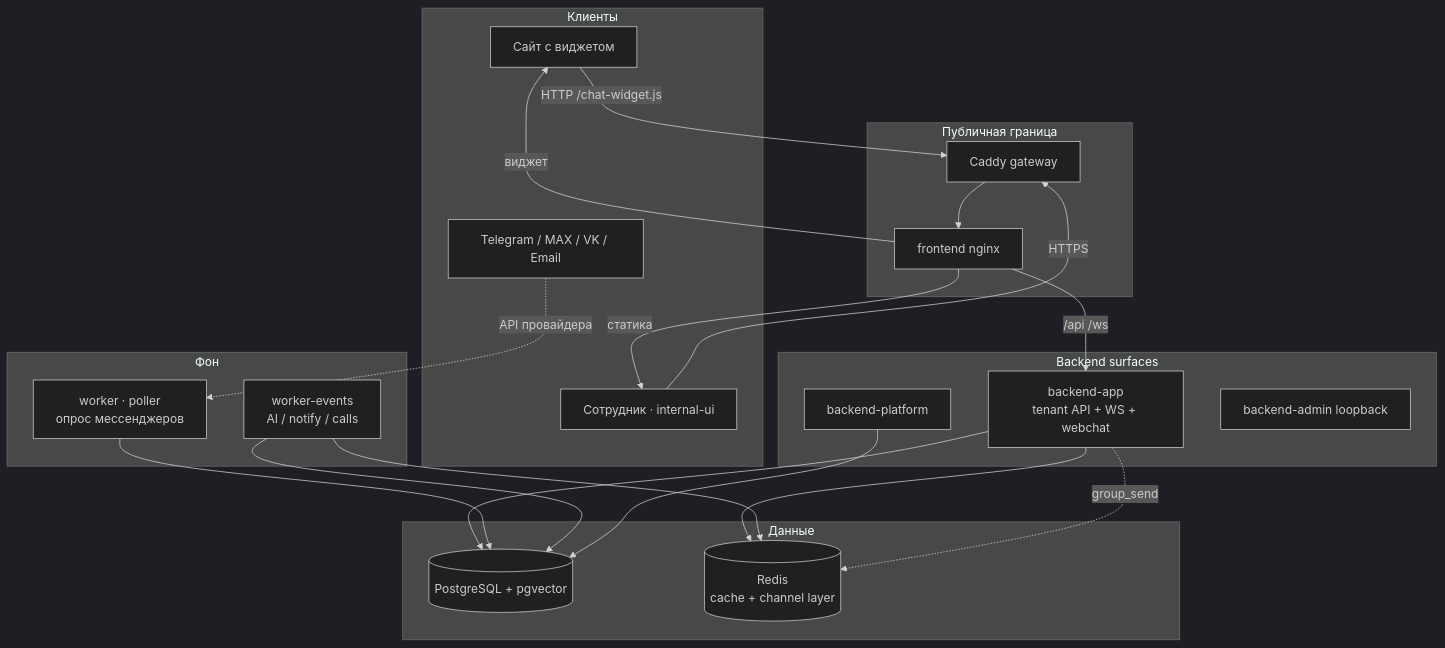
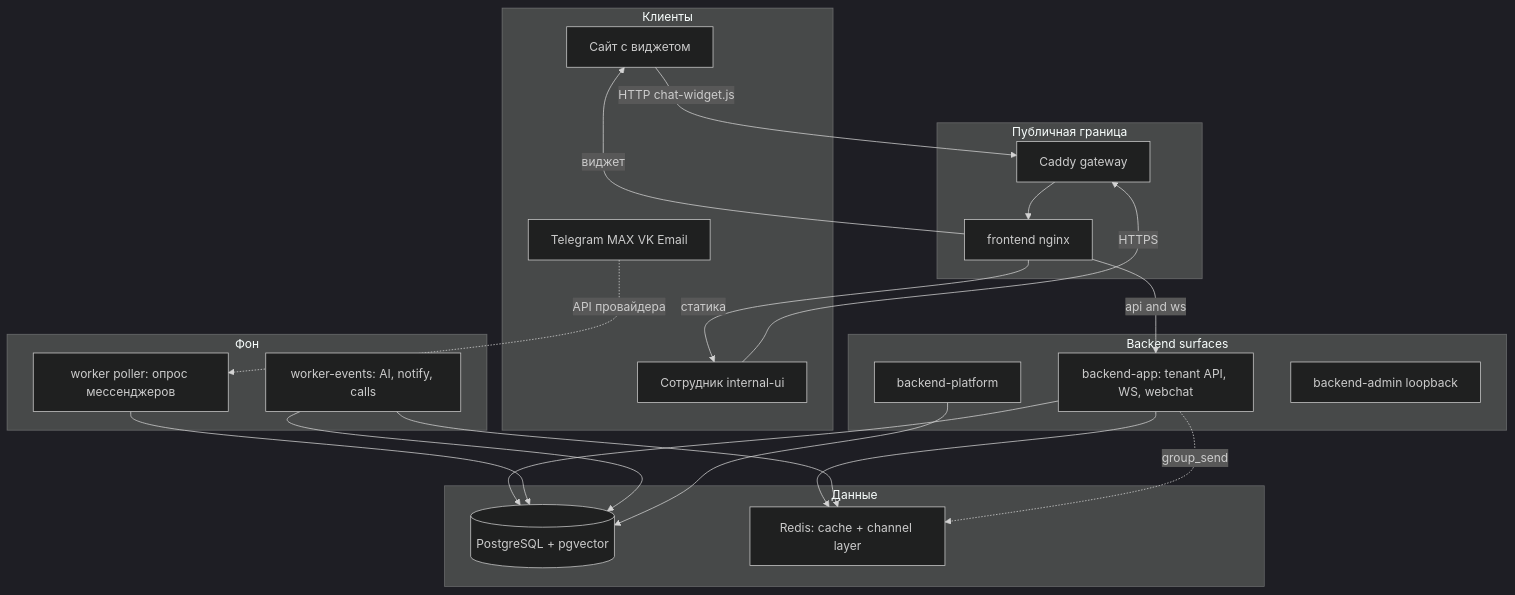
Before and after one commit to antirek/chats-architecture: the first of 7 diagrams in chatballs/architecture-message-flow.md, drawn with Mermaid (dark theme). The commit also changed other lines of this file, not shown here.

````diff
--- a/chatballs/architecture-message-flow.md
+++ b/chatballs/architecture-message-flow.md
@@ -34,44 +34,44 @@
 ```mermaid
 flowchart TB
   subgraph clients [Клиенты]
     Site[Сайт с виджетом]
-    Messengers[Telegram / MAX / VK / Email]
-    Ops[Сотрудник · internal-ui]
+    Messengers[Telegram MAX VK Email]
+    Ops[Сотрудник internal-ui]
   end
 
   subgraph edge [Публичная граница]
     Caddy[Caddy gateway]
     FE[frontend nginx]
   end
 
   subgraph app [Backend surfaces]
-    BA[backend-app<br/>tenant API + WS + webchat]
+    BA["backend-app: tenant API, WS, webchat"]
     BP[backend-platform]
     BAdm[backend-admin loopback]
   end
 
   subgraph workers [Фон]
-    Poller[worker · poller<br/>опрос мессенджеров]
-    Events[worker-events<br/>AI / notify / calls]
+    Poller["worker poller: опрос мессенджеров"]
+    Events["worker-events: AI, notify, calls"]
   end
 
   subgraph data [Данные]
     PG[(PostgreSQL + pgvector)]
-    Redis[(Redis<br/>cache + channel layer)]
+    Redis["Redis: cache + channel layer"]
   end
 
-  Site -->|HTTP /chat-widget.js| Caddy
+  Site -->|HTTP chat-widget.js| Caddy
   Ops -->|HTTPS| Caddy
   Messengers -.->|API провайдера| Poller
   Caddy --> FE
-  FE -->|/api /ws| BA
+  FE -->|api and ws| BA
   FE -->|статика| Ops
   FE -->|виджет| Site
   BA --> PG
   BA --> Redis
   Poller --> PG
   Events --> PG
   Events --> Redis
   BA -.->|group_send| Redis
   BP --> PG
 ```
````
